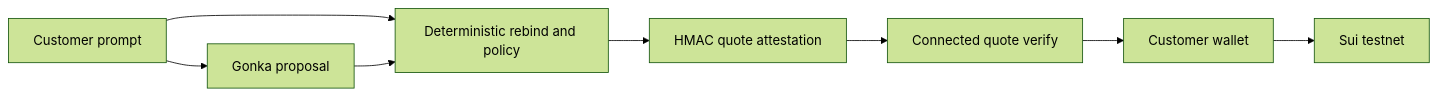
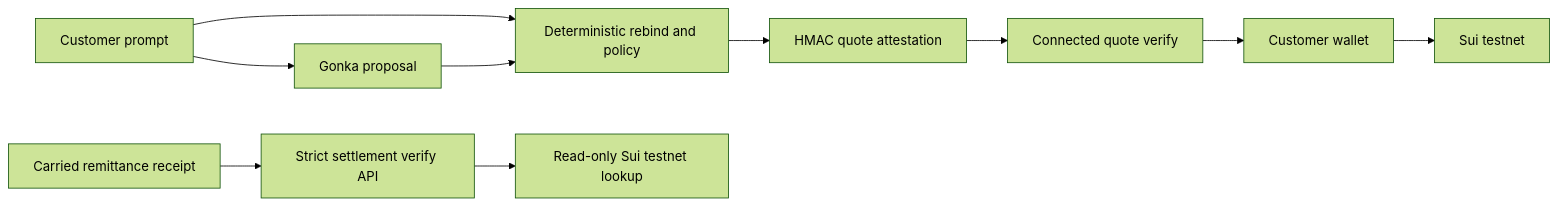
Before and after one commit to MUBA-Hack/convey-sui: the second of 4 diagrams in README.md, drawn with Mermaid (forest theme). The commit also changed other lines of this file and 7 other files, not shown here.

````diff
--- a/README.md
+++ b/README.md
@@ -426,15 +441,19 @@
 ```mermaid
 flowchart LR
   Prompt["Customer prompt"]
   Gonka["Gonka proposal"]
   Resolve["Deterministic rebind and policy"]
   Hmac["HMAC quote attestation"]
   Verify["Connected quote verify"]
   Wallet["Customer wallet"]
   Sui["Sui testnet"]
+  CarriedReceipt["Carried remittance receipt"]
+  SettlementVerifyAPI["Strict settlement verify API"]
+  SuiRead["Read-only Sui testnet lookup"]
 
   Prompt --> Gonka
   Prompt --> Resolve
   Gonka --> Resolve
   Resolve --> Hmac --> Verify --> Wallet --> Sui
+  CarriedReceipt --> SettlementVerifyAPI --> SuiRead
 ```
````
